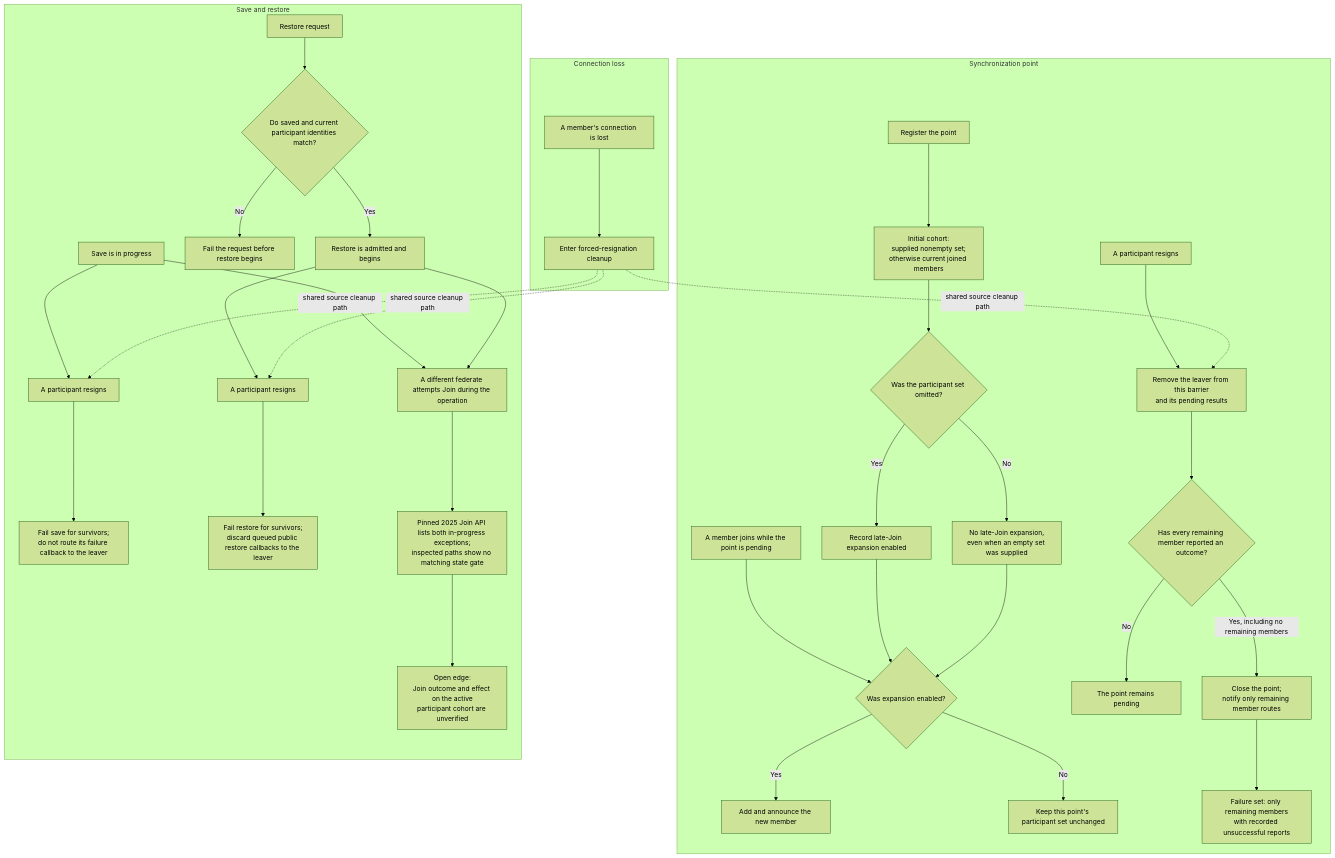
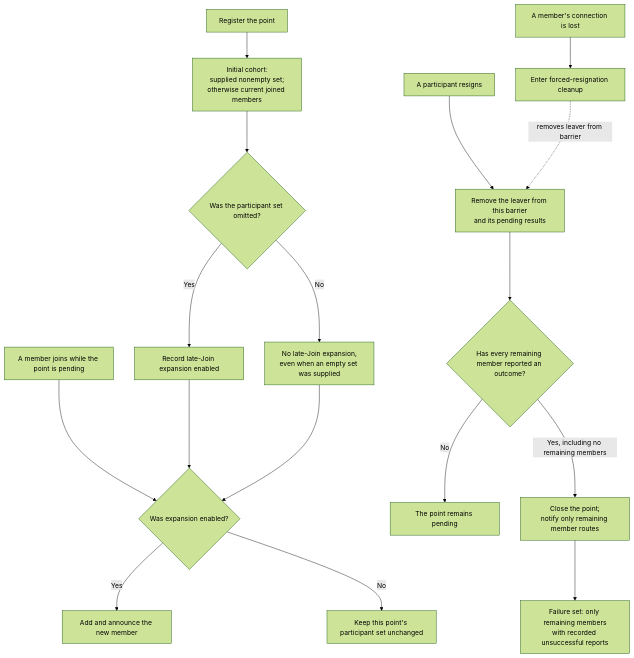
One commit to sheepfling/umbra changed the ninth of 14 diagrams in docs/design/HLA-2025-CROSS-CUTTING-STATE-EVENT-OBSERVATION-GUIDE.md. Above: the diagram before and after it, drawn with Mermaid (forest theme). The commit also changed other lines of this file and 39 other files, not shown here.

Commit message:
Document IEEE 1516.1-2025 behavior flows

````diff
--- a/docs/design/HLA-2025-CROSS-CUTTING-STATE-EVENT-OBSERVATION-GUIDE.md
+++ b/docs/design/HLA-2025-CROSS-CUTTING-STATE-EVENT-OBSERVATION-GUIDE.md
@@ -548,40 +556,19 @@
 ```mermaid
 flowchart TD
-  subgraph SYNC["Synchronization point"]
-    REGISTER["Register the point"] --> INITIAL["Initial cohort:<br/>supplied nonempty set;<br/>otherwise current joined members"]
-    INITIAL --> OMITTED{"Was the participant set omitted?"}
-    OMITTED -->|Yes| EXPANDABLE["Record late-Join expansion enabled"]
-    OMITTED -->|No| FIXED["No late-Join expansion,<br/>even when an empty set was supplied"]
-    JOIN["A member joins while the point is pending"] --> JOINCHECK{"Was expansion enabled?"}
-    EXPANDABLE --> JOINCHECK
-    FIXED --> JOINCHECK
-    JOINCHECK -->|Yes| ADD["Add and announce the new member"]
-    JOINCHECK -->|No| NOADD["Keep this point's participant set unchanged"]
-    LEAVE["A participant resigns"] --> REMOVE["Remove the leaver from this barrier<br/>and its pending results"]
-    REMOVE --> RESULTS{"Has every remaining member reported an outcome?"}
-    RESULTS -->|No| PENDING["The point remains pending"]
-    RESULTS -->|Yes, including no remaining members| CLOSE["Close the point;<br/>notify only remaining member routes"]
-    CLOSE --> FAILED["Failure set: only remaining members<br/>with recorded unsuccessful reports"]
-  end
-
-  subgraph SAVE_RESTORE["Save and restore"]
-    SAVE["Save is in progress"] --> SAVELEAVE["A participant resigns"]
-    SAVELEAVE --> SAVEFAIL["Fail save for survivors;<br/>do not route its failure callback to the leaver"]
-    RESTOREREQ["Restore request"] --> ROSTER{"Do saved and current participant identities match?"}
-    ROSTER -->|No| REJECT["Fail the request before restore begins"]
-    ROSTER -->|Yes| RESTORE["Restore is admitted and begins"]
-    RESTORE --> RESTORELEAVE["A participant resigns"]
-    RESTORELEAVE --> RESTOREFAIL["Fail restore for survivors;<br/>discard queued public restore callbacks to the leaver"]
-    SAVE --> JOINATTEMPT["A different federate attempts Join during the operation"]
-    RESTORE --> JOINATTEMPT
-    JOINATTEMPT --> JOINGATE["Pinned 2025 Join API lists both in-progress exceptions;<br/>inspected paths show no matching state gate"]
-    JOINGATE --> JOINUNKNOWN["Open edge:<br/>Join outcome and effect on the active<br/>participant cohort are unverified"]
-  end
-
-  subgraph CONNECTION["Connection loss"]
-    LOSS["A member's connection is lost"] --> FORCED["Enter forced-resignation cleanup"]
-  end
-  FORCED -. "shared source cleanup path" .-> REMOVE
-  FORCED -. "shared source cleanup path" .-> SAVELEAVE
-  FORCED -. "shared source cleanup path" .-> RESTORELEAVE
+  REGISTER["Register the point"] --> INITIAL["Initial cohort:<br/>supplied nonempty set;<br/>otherwise current joined members"]
+  INITIAL --> OMITTED{"Was the participant set omitted?"}
+  OMITTED -->|Yes| EXPANDABLE["Record late-Join expansion enabled"]
+  OMITTED -->|No| FIXED["No late-Join expansion,<br/>even when an empty set was supplied"]
+  JOIN["A member joins while the point is pending"] --> JOINCHECK{"Was expansion enabled?"}
+  EXPANDABLE --> JOINCHECK
+  FIXED --> JOINCHECK
+  JOINCHECK -->|Yes| ADD["Add and announce the new member"]
+  JOINCHECK -->|No| NOADD["Keep this point's participant set unchanged"]
+  LEAVE["A participant resigns"] --> REMOVE["Remove the leaver from this barrier<br/>and its pending results"]
+  REMOVE --> RESULTS{"Has every remaining member reported an outcome?"}
+  RESULTS -->|No| PENDING["The point remains pending"]
+  RESULTS -->|Yes, including no remaining members| CLOSE["Close the point;<br/>notify only remaining member routes"]
+  CLOSE --> FAILED["Failure set: only remaining members<br/>with recorded unsuccessful reports"]
+  LOSS["A member's connection is lost"] --> FORCED["Enter forced-resignation cleanup"]
+  FORCED -. "removes leaver from barrier" .-> REMOVE
 ```
````
